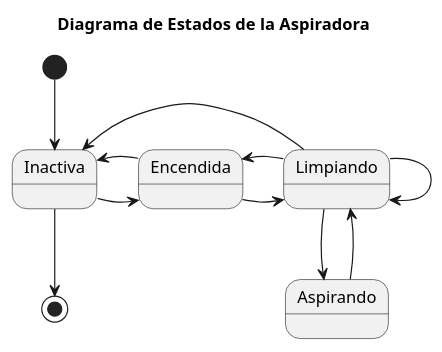
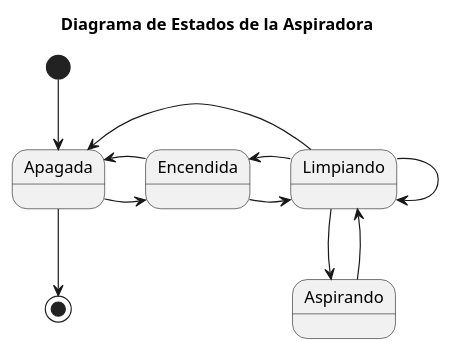
Before and after one commit to mmasias/23-24-IdSw2-SDD: the diagram in modelosUML/DiagramaDeEstado.puml, drawn with PlantUML. The commit also changed 3 other files, not shown here.

Commit message:
fix/diagrams

```diff
--- a/modelosUML/DiagramaDeEstado.puml
+++ b/modelosUML/DiagramaDeEstado.puml
@@ -1,15 +1,16 @@
 @startuml
 title Diagrama de Estados de la Aspiradora
 
-[*] --> Inactiva
+[*] --> Apagada
 
-Inactiva -r-> Encendida
-Encendida -r-> Inactiva
+Apagada -r-> Encendida
+Encendida -r-> Apagada
 Encendida -r-> Limpiando
 Limpiando --> Aspirando 
 Aspirando -r-> Limpiando 
 Limpiando -r-> Encendida 
-Limpiando -r-> Inactiva
+Limpiando -r-> Apagada
 Limpiando -r-> Limpiando
-Inactiva --> [*]
+Apagada --> [*]
+
 @enduml
```
